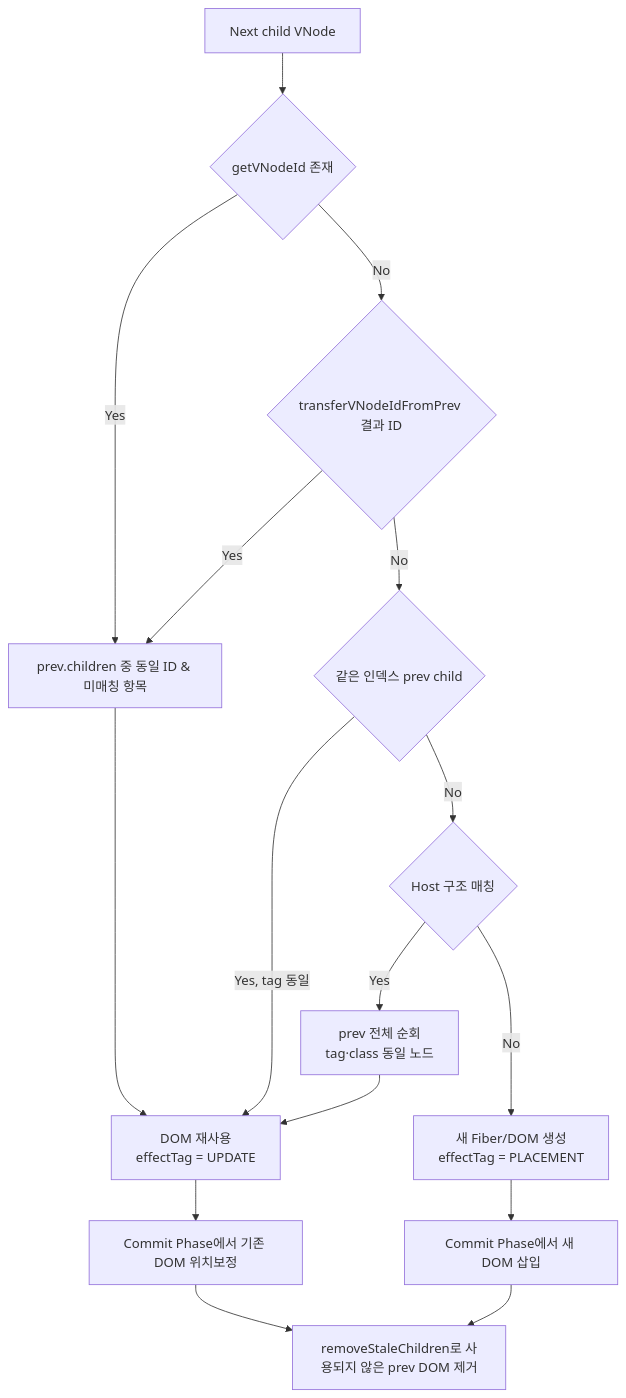
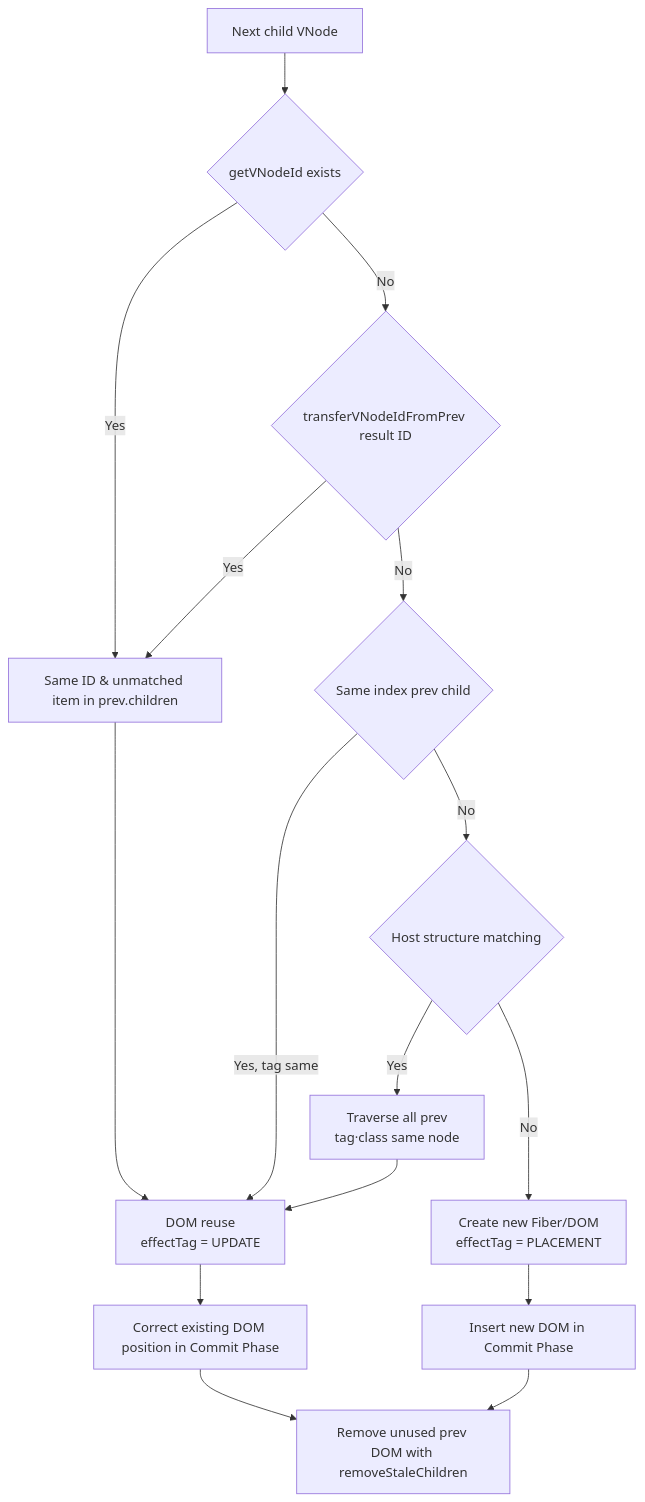
The diagram in packages/renderer-dom/docs/renderer-dom-spec.md (barocss/barocss-editor), drawn with Mermaid before and after one commit. The commit also changed other lines of this file and 43 other files, not shown here.

````diff
--- a/packages/renderer-dom/docs/renderer-dom-spec.md
+++ b/packages/renderer-dom/docs/renderer-dom-spec.md
@@ -601,18 +601,18 @@
 ```mermaid
 flowchart TD
-  A[Next child VNode] --> B{getVNodeId 존재}
-  B -->|Yes| C[prev.children 중 동일 ID & 미매칭 항목]
-  C --> D[DOM 재사용<br/>effectTag = UPDATE]
-  B -->|No| E{transferVNodeIdFromPrev 결과 ID}
+  A[Next child VNode] --> B{getVNodeId exists}
+  B -->|Yes| C[Same ID & unmatched item in prev.children]
+  C --> D[DOM reuse<br/>effectTag = UPDATE]
+  B -->|No| E{transferVNodeIdFromPrev result ID}
   E -->|Yes| C
-  E -->|No| F{같은 인덱스 prev child}
-  F -->|Yes, tag 동일| D
-  F -->|No| G{Host 구조 매칭}
-  G -->|Yes| H[prev 전체 순회<br/>tag·class 동일 노드]
+  E -->|No| F{Same index prev child}
+  F -->|Yes, tag same| D
+  F -->|No| G{Host structure matching}
+  G -->|Yes| H[Traverse all prev<br/>tag·class same node]
   H --> D
-  G -->|No| I[새 Fiber/DOM 생성<br/>effectTag = PLACEMENT]
-  D --> J[Commit Phase에서 기존 DOM 위치보정]
-  I --> K[Commit Phase에서 새 DOM 삽입]
-  J --> L[removeStaleChildren로 사용되지 않은 prev DOM 제거]
+  G -->|No| I[Create new Fiber/DOM<br/>effectTag = PLACEMENT]
+  D --> J[Correct existing DOM position in Commit Phase]
+  I --> K[Insert new DOM in Commit Phase]
+  J --> L[Remove unused prev DOM with removeStaleChildren]
   K --> L
 ```
````
